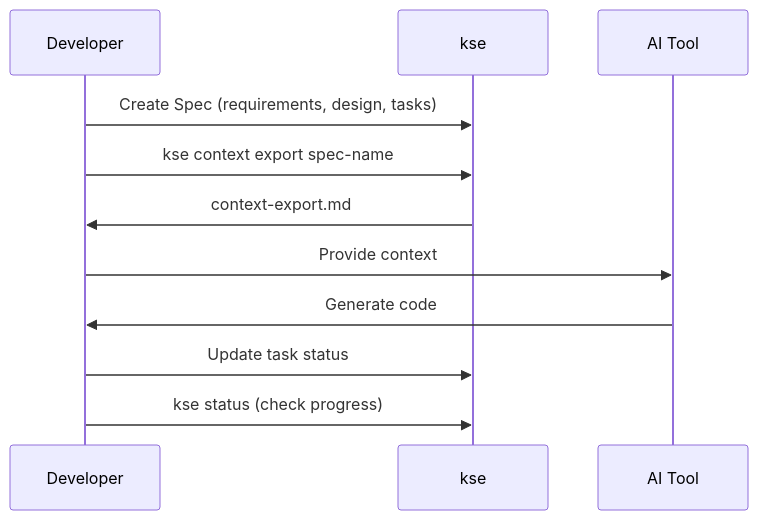
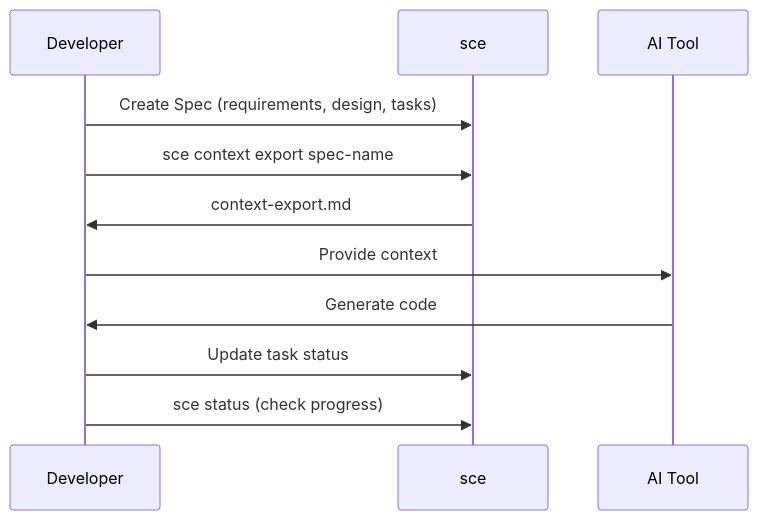
The fourth of 5 diagrams in docs/spec-workflow.md (LuChangQiu/kiro-spec-engine), drawn with Mermaid before and after one commit. The commit also changed other lines of this file and 237 other files, not shown here.

````diff
--- a/docs/spec-workflow.md
+++ b/docs/spec-workflow.md
@@ -371,14 +371,14 @@
 ```mermaid
 sequenceDiagram
     participant Dev as Developer
-    participant kse as kse
+    participant sce as sce
     participant AI as AI Tool
     
-    Dev->>kse: Create Spec (requirements, design, tasks)
-    Dev->>kse: kse context export spec-name
-    kse->>Dev: context-export.md
+    Dev->>sce: Create Spec (requirements, design, tasks)
+    Dev->>sce: sce context export spec-name
+    sce->>Dev: context-export.md
     Dev->>AI: Provide context
     AI->>Dev: Generate code
-    Dev->>kse: Update task status
-    Dev->>kse: kse status (check progress)
+    Dev->>sce: Update task status
+    Dev->>sce: sce status (check progress)
 ```
````
